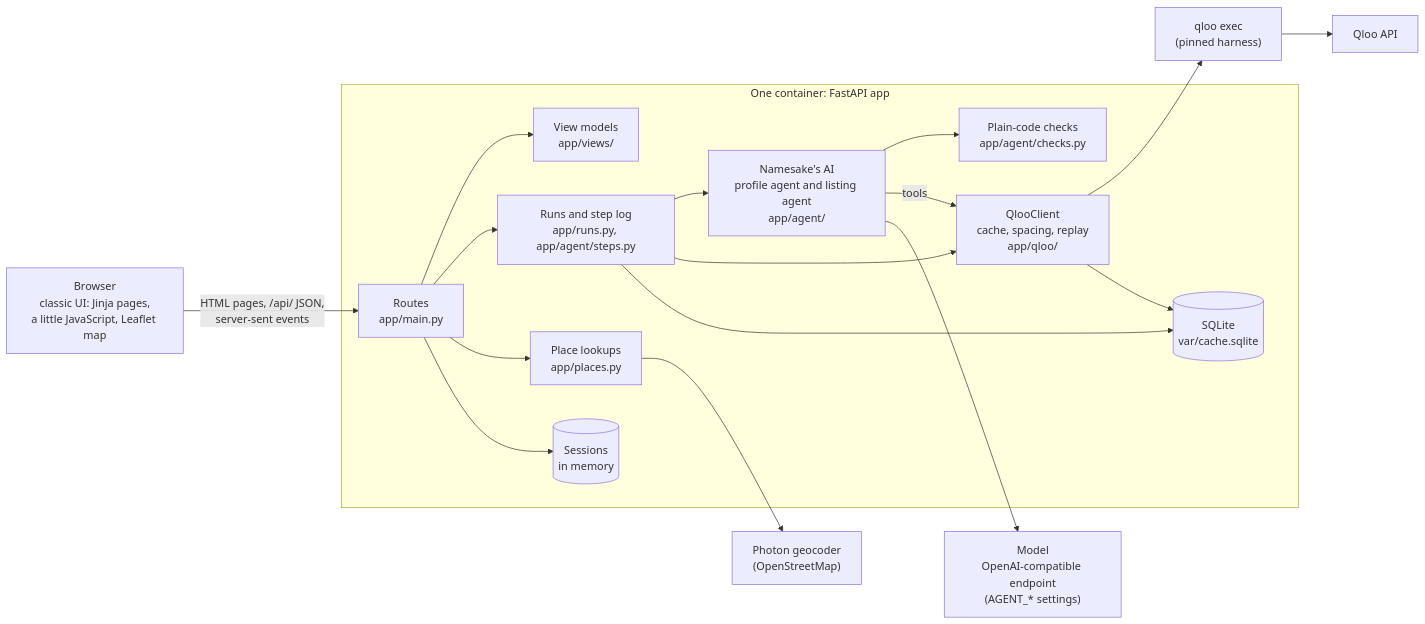
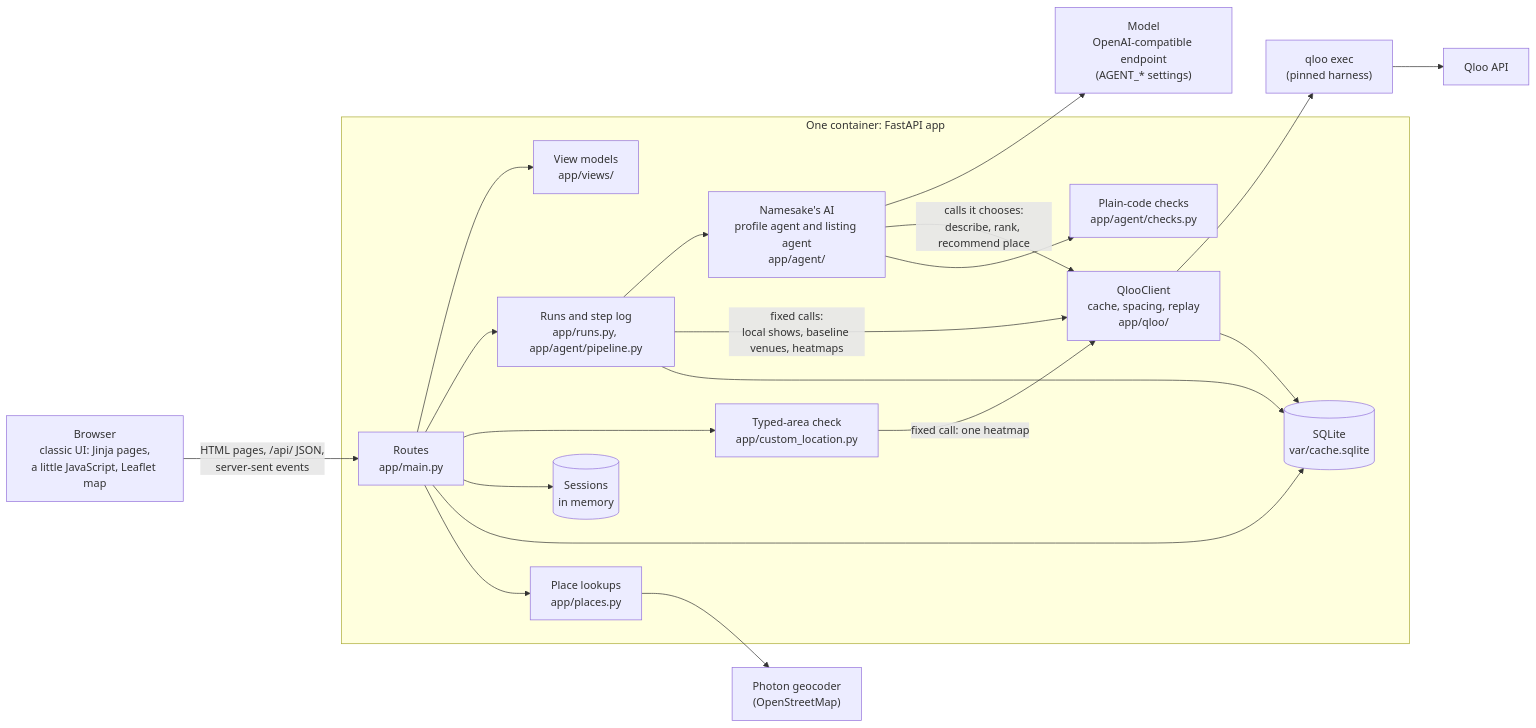
The first of 5 diagrams in docs/architecture.md (bsabau/namesake), drawn with Mermaid before and after one commit. The commit also changed other lines of this file, not shown here.

First line of the commit message:
Architecture doc: who decides what, and the reviewers' corrections

````diff
--- a/docs/architecture.md
+++ b/docs/architecture.md
@@ -7,33 +7,37 @@
 ```mermaid
 flowchart LR
     browser["Browser<br/>classic UI: Jinja pages,<br/>a little JavaScript, Leaflet map"]
     subgraph app["One container: FastAPI app"]
         routes["Routes<br/>app/main.py"]
         views["View models<br/>app/views/"]
-        runs["Runs and step log<br/>app/runs.py, app/agent/steps.py"]
+        typed["Typed-area check<br/>app/custom_location.py"]
+        runs["Runs and step log<br/>app/runs.py, app/agent/pipeline.py"]
         agents["Namesake's AI<br/>profile agent and listing agent<br/>app/agent/"]
         checks["Plain-code checks<br/>app/agent/checks.py"]
         qclient["QlooClient<br/>cache, spacing, replay<br/>app/qloo/"]
         places["Place lookups<br/>app/places.py"]
         db[("SQLite<br/>var/cache.sqlite")]
         sessions[("Sessions<br/>in memory")]
     end
     harness["qloo exec<br/>(pinned harness)"]
     qloo["Qloo API"]
     model["Model<br/>OpenAI-compatible endpoint<br/>(AGENT_* settings)"]
     photon["Photon geocoder<br/>(OpenStreetMap)"]
 
     browser -- "HTML pages, /api/ JSON,<br/>server-sent events" --> routes
     routes --> views
     routes --> runs
+    routes --> typed
+    routes --> sessions
+    routes --> db
     runs --> agents
+    agents --> model
+    agents -- "calls it chooses:<br/>describe, rank, recommend place" --> qclient
     agents --> checks
-    agents -- "tools" --> qclient
-    runs --> qclient
+    runs -- "fixed calls:<br/>local shows, baseline venues, heatmaps" --> qclient
+    typed -- "fixed call: one heatmap" --> qclient
     qclient --> harness --> qloo
-    agents --> model
-    routes --> places --> photon
     qclient --> db
     runs --> db
-    routes --> sessions
+    routes --> places --> photon
 ```
````
